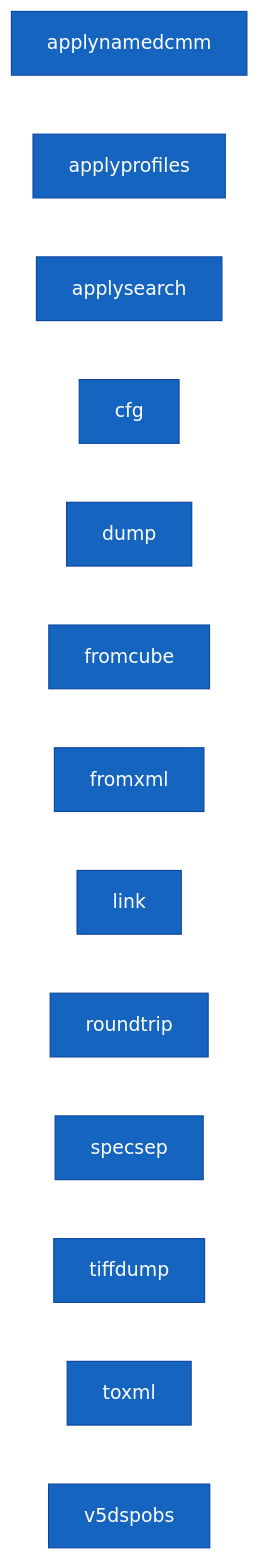
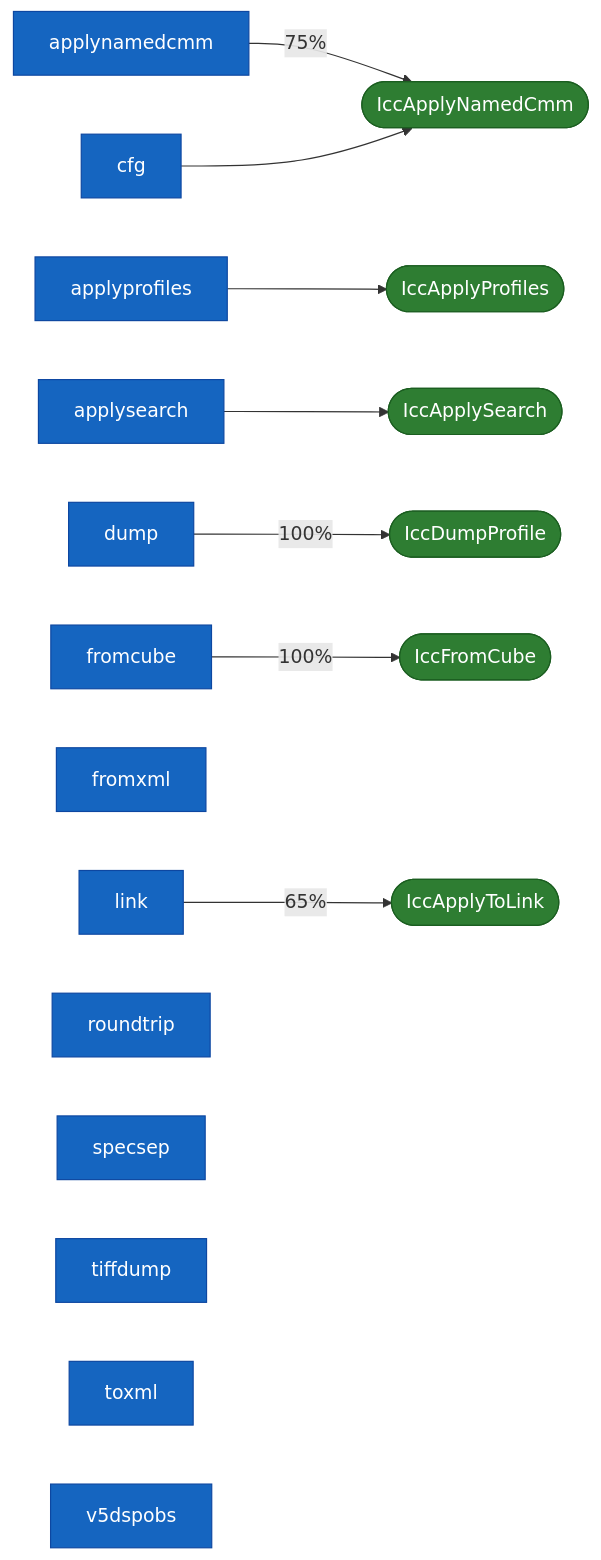
The diagram in call-graph/mermaid/fuzzer-map.md (xsscx/research), drawn with Mermaid before and after one commit. The commit also changed 8 other files, not shown here.

Commit message:
call-graph: refresh reports and fallback handling

````diff
--- a/call-graph/mermaid/fuzzer-map.md
+++ b/call-graph/mermaid/fuzzer-map.md
@@ -3,19 +3,33 @@
 ```mermaid
 graph LR
     fuzzer_icc_applynamedcmm_fuzzer["applynamedcmm"]:::fuzzer
+    comp_iccdev_tools_IccApplyNamedCmm(["IccApplyNamedCmm"]):::tool
+    fuzzer_icc_applynamedcmm_fuzzer -->|75%| comp_iccdev_tools_IccApplyNamedCmm
     fuzzer_icc_applyprofiles_fuzzer["applyprofiles"]:::fuzzer
+    comp_iccdev_tools_IccApplyProfiles(["IccApplyProfiles"]):::tool
+    fuzzer_icc_applyprofiles_fuzzer --> comp_iccdev_tools_IccApplyProfiles
     fuzzer_icc_applysearch_fuzzer["applysearch"]:::fuzzer
+    comp_iccdev_tools_IccApplySearch(["IccApplySearch"]):::tool
+    fuzzer_icc_applysearch_fuzzer --> comp_iccdev_tools_IccApplySearch
     fuzzer_icc_cfg_fuzzer["cfg"]:::fuzzer
+    comp_iccdev_tools_IccApplyNamedCmm(["IccApplyNamedCmm"]):::tool
+    fuzzer_icc_cfg_fuzzer --> comp_iccdev_tools_IccApplyNamedCmm
     fuzzer_icc_dump_fuzzer["dump"]:::fuzzer
+    comp_iccdev_tools_IccDumpProfile(["IccDumpProfile"]):::tool
+    fuzzer_icc_dump_fuzzer -->|100%| comp_iccdev_tools_IccDumpProfile
     fuzzer_icc_fromcube_fuzzer["fromcube"]:::fuzzer
+    comp_iccdev_tools_IccFromCube(["IccFromCube"]):::tool
+    fuzzer_icc_fromcube_fuzzer -->|100%| comp_iccdev_tools_IccFromCube
     fuzzer_icc_fromxml_fuzzer["fromxml"]:::fuzzer
     fuzzer_icc_link_fuzzer["link"]:::fuzzer
+    comp_iccdev_tools_IccApplyToLink(["IccApplyToLink"]):::tool
+    fuzzer_icc_link_fuzzer -->|65%| comp_iccdev_tools_IccApplyToLink
     fuzzer_icc_roundtrip_fuzzer["roundtrip"]:::fuzzer
     fuzzer_icc_specsep_fuzzer["specsep"]:::fuzzer
     fuzzer_icc_tiffdump_fuzzer["tiffdump"]:::fuzzer
     fuzzer_icc_toxml_fuzzer["toxml"]:::fuzzer
     fuzzer_icc_v5dspobs_fuzzer["v5dspobs"]:::fuzzer
 
     classDef fuzzer fill:#1565c0,color:#fff,stroke:#0d47a1
     classDef tool fill:#2e7d32,color:#fff,stroke:#1b5e20
 ```
````
